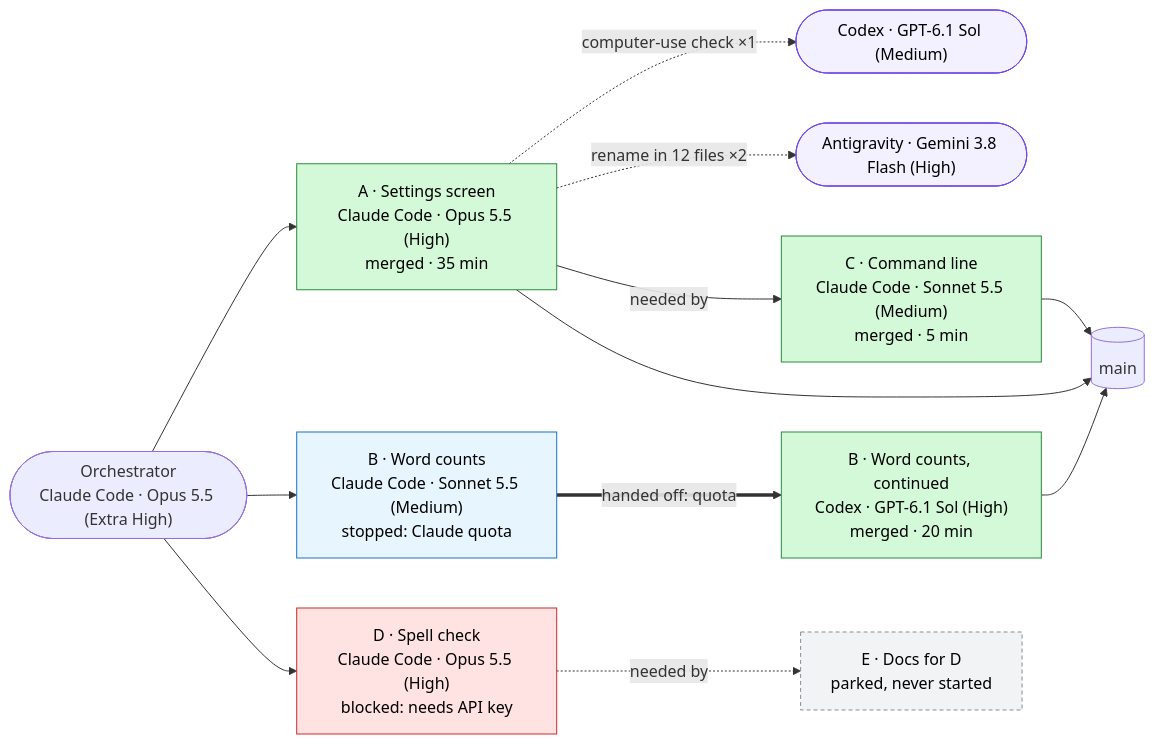
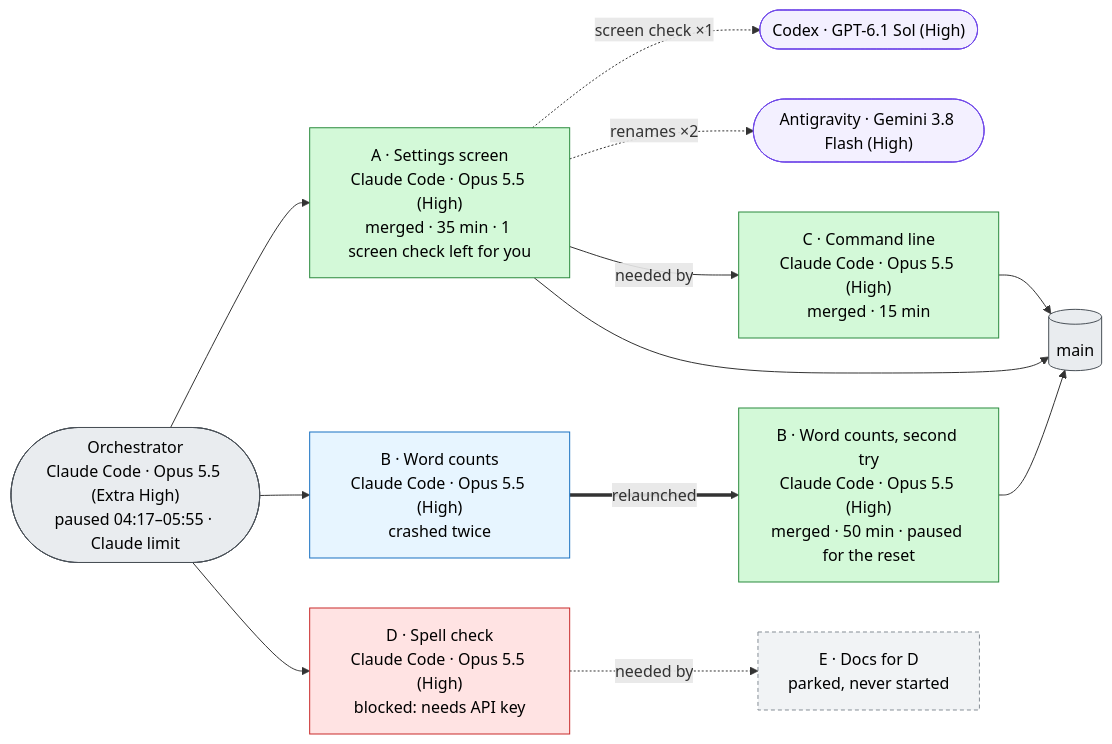
Before and after one commit to kristianbonnici/agent-skills: the diagram in skills/long-horizon-orchestrator/references/final-report.md, drawn with Mermaid. The commit also changed other lines of this file and 7 other files, not shown here.

First line of the commit message:
feat(skills): pause on quota and harden the orchestrator after its first run

````diff
--- a/skills/long-horizon-orchestrator/references/final-report.md
+++ b/skills/long-horizon-orchestrator/references/final-report.md
@@ -63,24 +70,27 @@
 ```mermaid
 flowchart LR
-  O(["Orchestrator<br/>Claude Code · Opus 5.5 (Extra High)"]) --> A & B1 & D
-  A["A · Settings screen<br/>Claude Code · Opus 5.5 (High)<br/>merged · 35 min"]
-  A -.->|"computer-use check ×1"| HA(["Codex · GPT-6.1 Sol (Medium)"])
-  A -.->|"rename in 12 files ×2"| HB(["Antigravity · Gemini 3.8 Flash (High)"])
-  B1["B · Word counts<br/>Claude Code · Sonnet 5.5 (Medium)<br/>stopped: Claude quota"] ==>|"handed off: quota"| B2["B · Word counts, continued<br/>Codex · GPT-6.1 Sol (High)<br/>merged · 20 min"]
-  A -->|"needed by"| C["C · Command line<br/>Claude Code · Sonnet 5.5 (Medium)<br/>merged · 5 min"]
+  O(["Orchestrator<br/>Claude Code · Opus 5.5 (Extra High)<br/>paused 04:17–05:55 · Claude limit"]) --> A & B1 & D
+  A["A · Settings screen<br/>Claude Code · Opus 5.5 (High)<br/>merged · 35 min · 1 screen check left for you"]
+  A -.->|"screen check ×1"| HA(["Codex · GPT-6.1 Sol (High)"])
+  A -.->|"renames ×2"| HB(["Antigravity · Gemini 3.8 Flash (High)"])
+  B1["B · Word counts<br/>Claude Code · Opus 5.5 (High)<br/>crashed twice"] ==>|"relaunched"| B2["B · Word counts, second try<br/>Claude Code · Opus 5.5 (High)<br/>merged · 50 min · paused for the reset"]
+  A -->|"needed by"| C["C · Command line<br/>Claude Code · Opus 5.5 (High)<br/>merged · 15 min"]
   D["D · Spell check<br/>Claude Code · Opus 5.5 (High)<br/>blocked: needs API key"] -.->|"needed by"| E["E · Docs for D<br/>parked, never started"]
   A --> M[(main)]
   B2 --> M
   C --> M
+  classDef orchestrator fill:#e9ecef,stroke:#495057,color:#000
   classDef merged fill:#d3f9d8,stroke:#2b8a3e,color:#000
   classDef blocked fill:#ffe3e3,stroke:#c92a2a,color:#000
   classDef parked fill:#f1f3f5,stroke:#868e96,stroke-dasharray:4 3,color:#000
   classDef failed fill:#fff3bf,stroke:#e67700,color:#000
-  classDef handedoff fill:#e7f5ff,stroke:#1971c2,color:#000
+  classDef replaced fill:#e7f5ff,stroke:#1971c2,color:#000
   classDef helper fill:#f3f0ff,stroke:#7048e8,color:#000
+  class O orchestrator
   class A,B2,C merged
   class D blocked
   class E parked
-  class B1 handedoff
+  class B1 replaced
   class HA,HB helper
+  class M orchestrator
 ```
````
